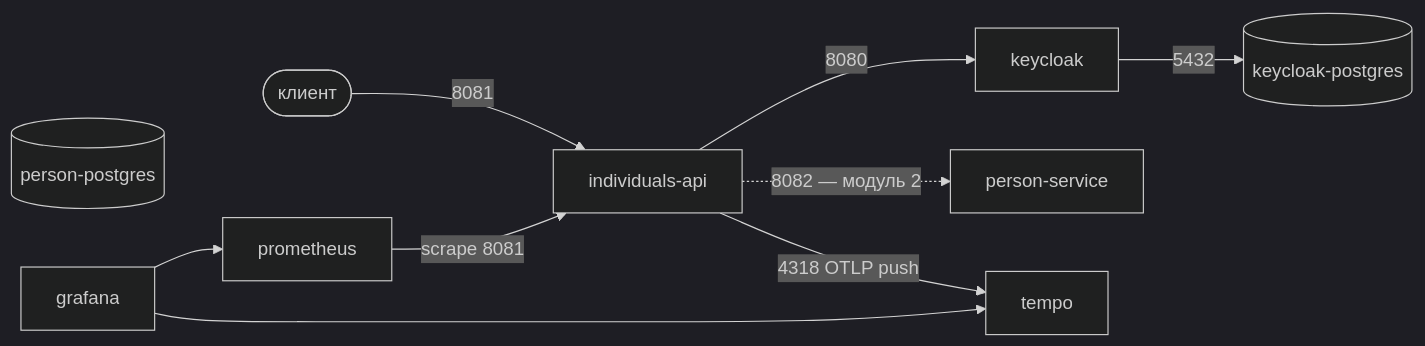
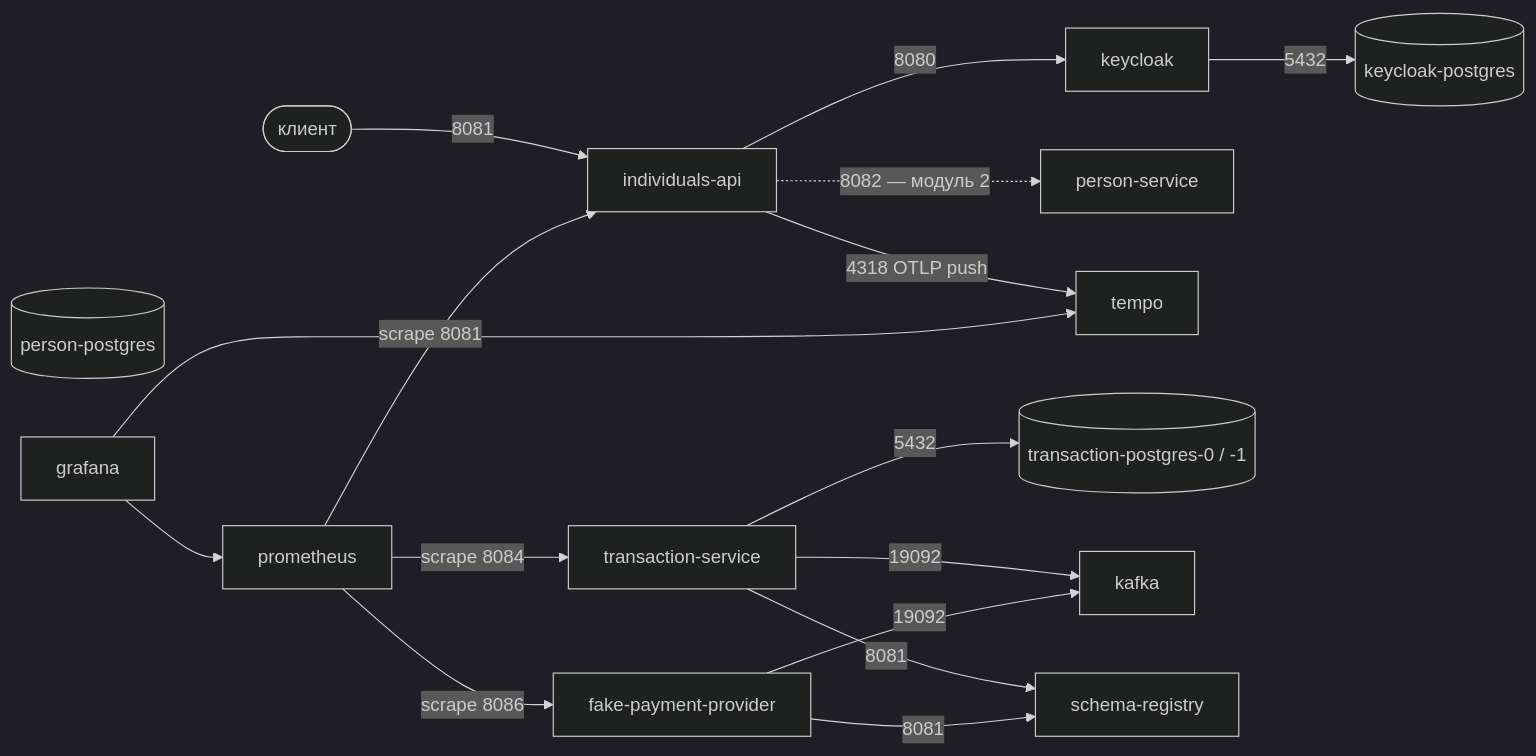
Before and after one commit to dezxxx/payment-platform: the third of 3 diagrams in CONTEXT.ru.md, drawn with Mermaid (dark theme). The commit also changed other lines of this file and 11 other files, not shown here.

Commit message:
test: add the transaction-service Postman collection

````diff
--- a/CONTEXT.ru.md
+++ b/CONTEXT.ru.md
@@ -444,12 +444,19 @@
 ```mermaid
 flowchart LR
     CL(["клиент"]) -->|8081| API["individuals-api"]
     API -->|8080| KC["keycloak"]
     API -.->|8082 — модуль 2| PS["person-service"]
     KC -->|5432| KCDB[("keycloak-postgres")]
     PSDB[("person-postgres")]
     API -->|4318 OTLP push| TEMPO["tempo"]
     PROM["prometheus"] -->|scrape 8081| API
     GRAF["grafana"] --> PROM
     GRAF --> TEMPO
+    TS["transaction-service"] -->|5432| TSDB[("transaction-postgres-0 / -1")]
+    TS -->|19092| KAFKA["kafka"]
+    FPP["fake-payment-provider"] -->|19092| KAFKA
+    TS -->|8081| SR["schema-registry"]
+    FPP -->|8081| SR
+    PROM -->|scrape 8084| TS
+    PROM -->|scrape 8086| FPP
 ```
````
